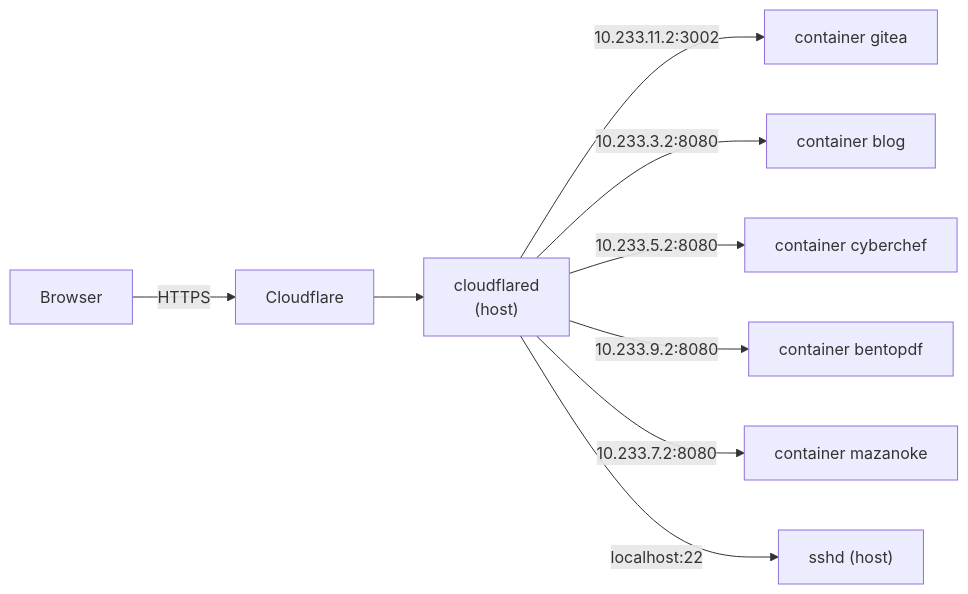
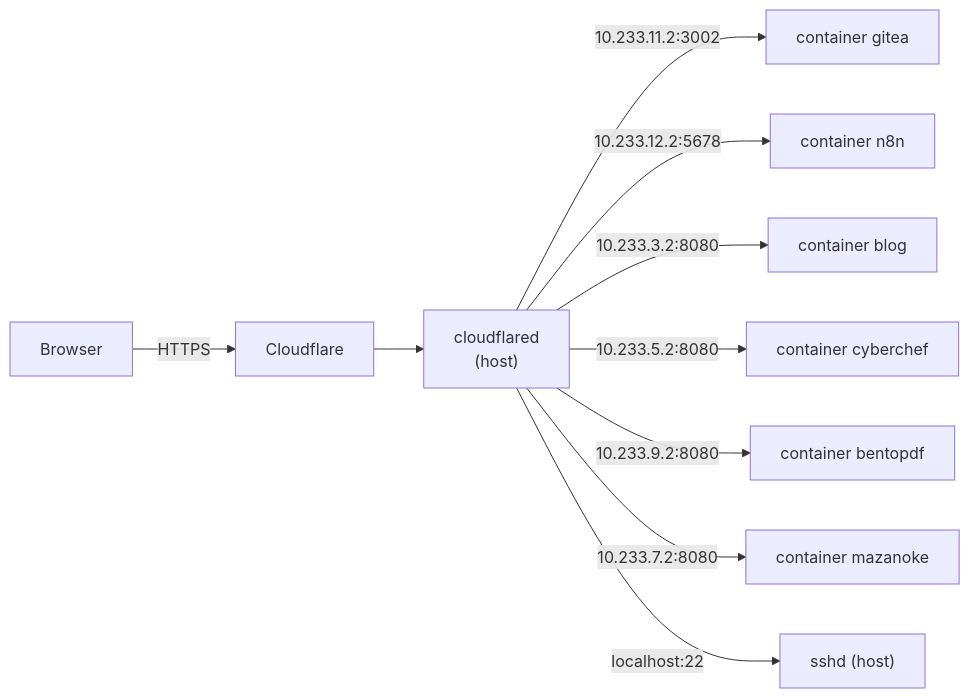
The diagram in docs/SERVER.md (Chiloute/nixy), drawn with Mermaid before and after one commit. The commit also changed other lines of this file and 4 other files, not shown here.

````diff
--- a/docs/SERVER.md
+++ b/docs/SERVER.md
@@ -23,11 +23,12 @@
 ```mermaid
 flowchart LR
     user["Browser"] -->|HTTPS| cf["Cloudflare"]
     cf --> cfd["cloudflared<br/>(host)"]
     cfd -->|10.233.11.2:3002| gitea["container gitea"]
+    cfd -->|10.233.12.2:5678| n8n["container n8n"]
     cfd -->|10.233.3.2:8080| blog["container blog"]
     cfd -->|10.233.5.2:8080| cyber["container cyberchef"]
     cfd -->|10.233.9.2:8080| pdf["container bentopdf"]
     cfd -->|10.233.7.2:8080| mazanoke["container mazanoke"]
     cfd -->|localhost:22| ssh["sshd (host)"]
 ```
````
